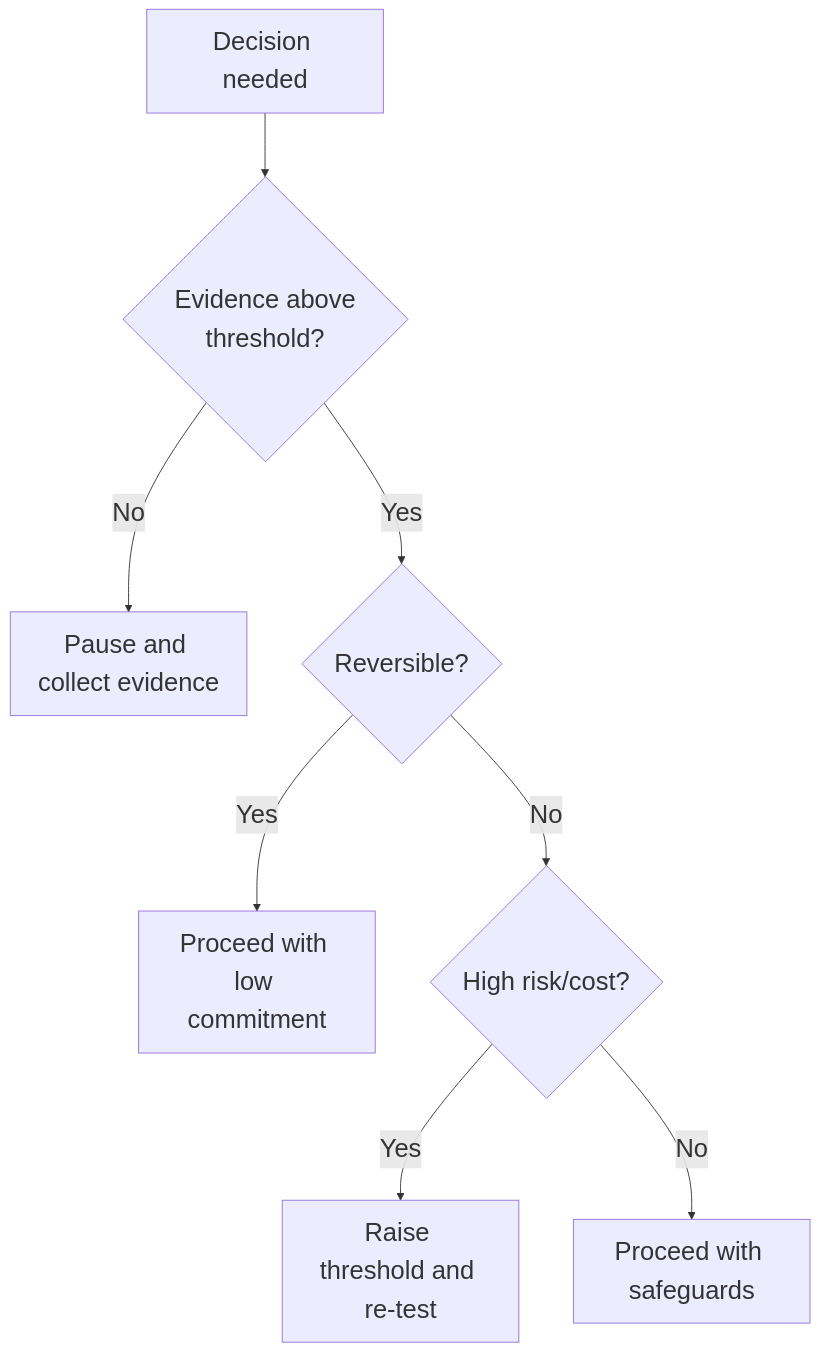
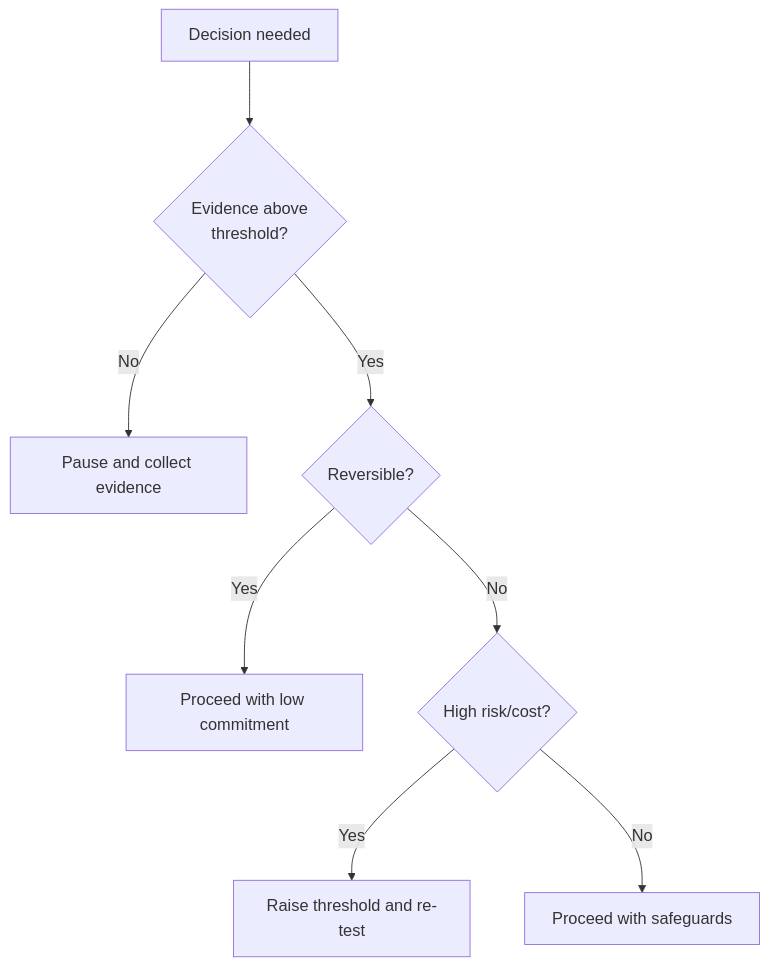
The diagram in docs/book/decision-logic.mdx (micro-canvas-framework/micro-canvas-framework.github.io), drawn with Mermaid before and after one commit. The commit also changed 9 other files, not shown here.

Commit message:
docs(book): normalize mermaid font size to 18px across book figures

````diff
--- a/docs/book/decision-logic.mdx
+++ b/docs/book/decision-logic.mdx
@@ -41,11 +41,11 @@
 ```mermaid
-%%{init: {"flowchart": {"nodeSpacing": 60, "rankSpacing": 70}, "themeVariables": {"fontSize": "28px"}} }%%
+%%{init: {"flowchart": {"nodeSpacing": 60, "rankSpacing": 70}, "themeVariables": {"fontSize":"18px"}} }%%
 flowchart TB
   A[Decision needed] --> B{Evidence above<br/>threshold?}
   B -- "No" --> P[Pause and collect evidence]
   B -- "Yes" --> C{Reversible?}
   C -- "Yes" --> L[Proceed with low commitment]
   C -- "No" --> D{High risk/cost?}
   D -- "Yes" --> H[Raise threshold and re-test]
   D -- "No" --> R[Proceed with safeguards]
 ```
````
